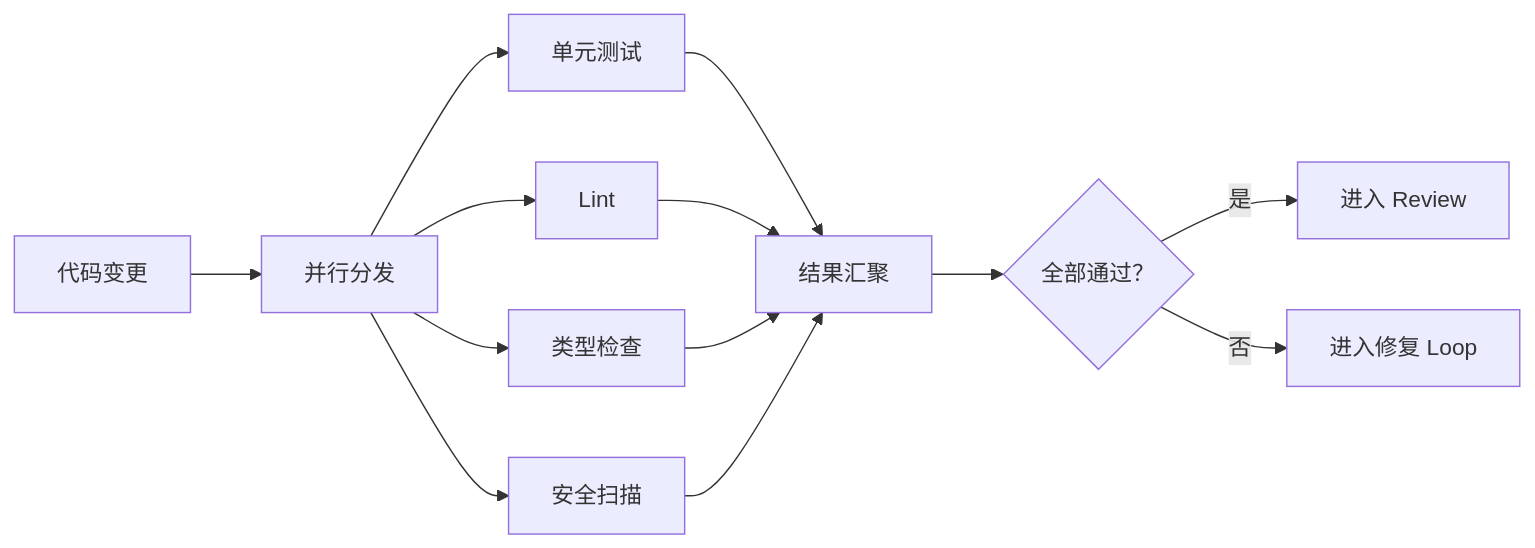
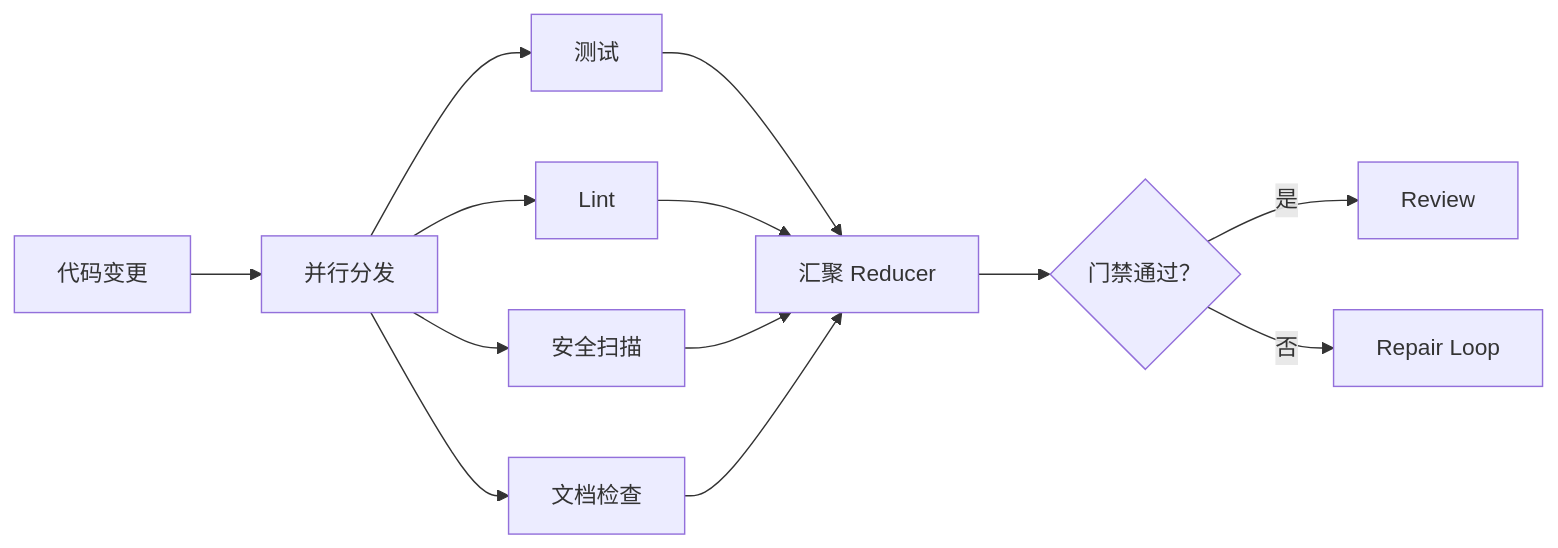
The third of 11 diagrams in 附录/附录22-主流LoopEngineering系统全景.md (cdavid817/agent-book), drawn with Mermaid before and after one commit. The commit also changed other lines of this file, not shown here.

````diff
--- a/附录/附录22-主流LoopEngineering系统全景.md
+++ b/附录/附录22-主流LoopEngineering系统全景.md
@@ -1161,18 +1074,15 @@
 ```mermaid
 flowchart LR
-    Start["代码变更"] --> FanOut["并行分发"]
-
-    FanOut --> Test["单元测试"]
-    FanOut --> Lint["Lint"]
-    FanOut --> Type["类型检查"]
-    FanOut --> Security["安全扫描"]
-
-    Test --> Join["结果汇聚"]
-    Lint --> Join
-    Type --> Join
-    Security --> Join
-
-    Join --> Decision{"全部通过？"}
-    Decision -->|"是"| Review["进入 Review"]
-    Decision -->|"否"| Repair["进入修复 Loop"]
+    A["代码变更"] --> F["并行分发"]
+    F --> T["测试"]
+    F --> L["Lint"]
+    F --> S["安全扫描"]
+    F --> D["文档检查"]
+    T --> J["汇聚 Reducer"]
+    L --> J
+    S --> J
+    D --> J
+    J --> Q{"门禁通过？"}
+    Q -->|"是"| R["Review"]
+    Q -->|"否"| X["Repair Loop"]
 ```
````
